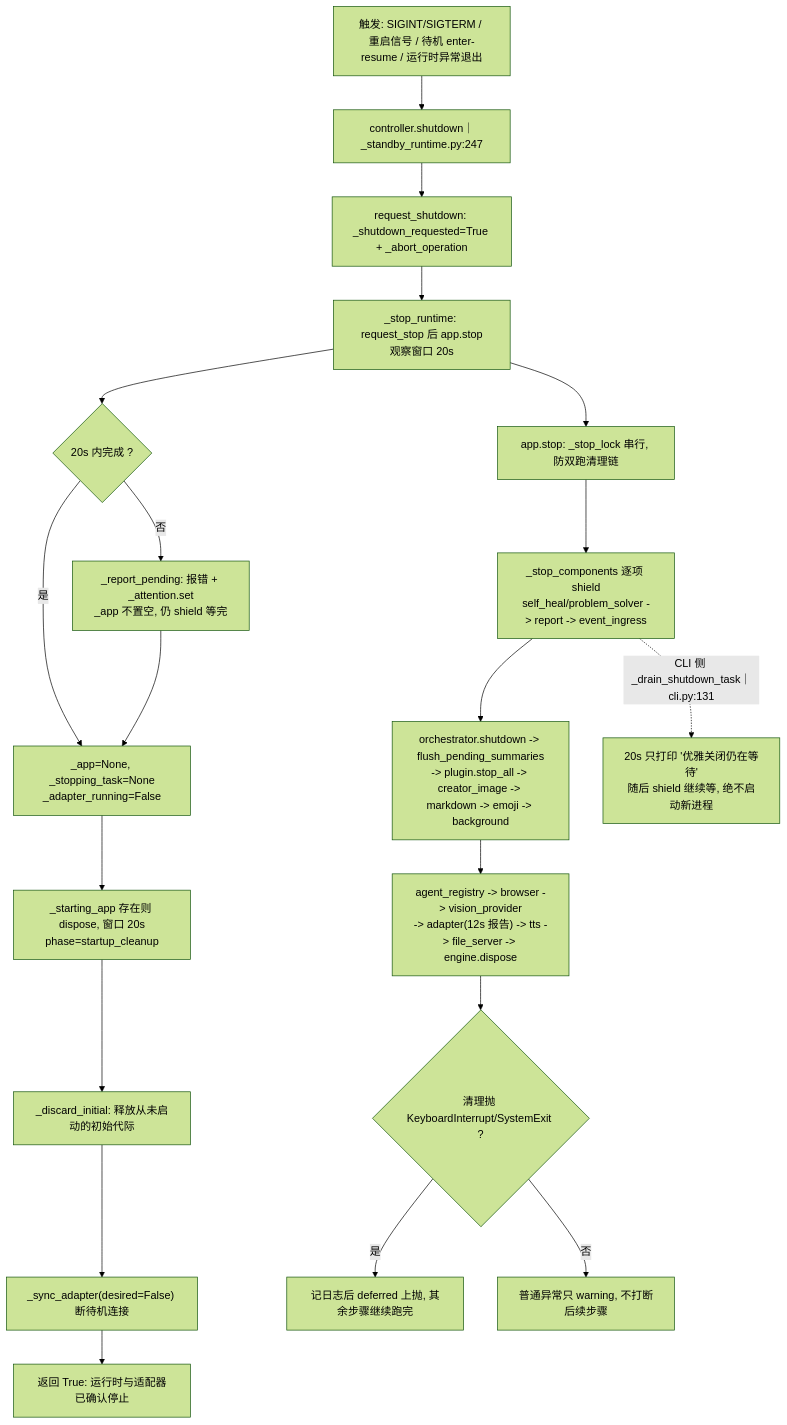
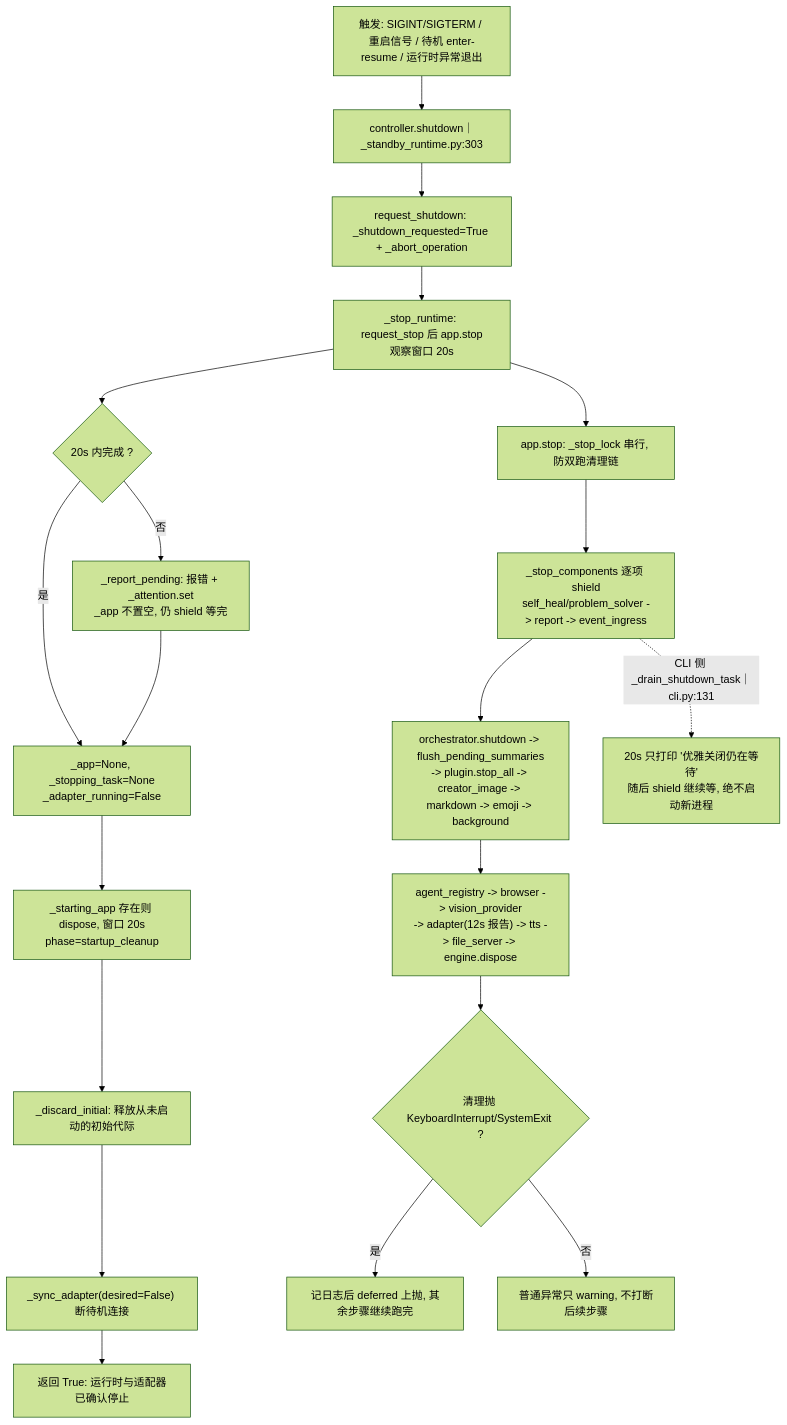
One commit to SuperQuail/NeoBot changed the tenth of 13 diagrams in docs/flow/01-startup-shutdown.md. Above: the diagram before and after it, drawn with Mermaid (forest theme). The commit also changed other lines of this file and 37 other files, not shown here.

````diff
--- a/docs/flow/01-startup-shutdown.md
+++ b/docs/flow/01-startup-shutdown.md
@@ -417,22 +422,22 @@
 ```mermaid
 flowchart TD
-    A["触发: SIGINT/SIGTERM / 重启信号 / 待机 enter-resume / 运行时异常退出"] --> B["controller.shutdown｜_standby_runtime.py:247"]
+    A["触发: SIGINT/SIGTERM / 重启信号 / 待机 enter-resume / 运行时异常退出"] --> B["controller.shutdown｜_standby_runtime.py:303"]
     B --> C["request_shutdown: _shutdown_requested=True + _abort_operation"]
     C --> D["_stop_runtime: request_stop 后 app.stop<br/>观察窗口 20s"]
     D --> E{"20s 内完成 ?"}
     E -- 否 --> E1["_report_pending: 报错 + _attention.set<br/>_app 不置空, 仍 shield 等完"]
     E -- 是 --> E2["_app=None, _stopping_task=None<br/>_adapter_running=False"]
     E1 --> E2
     E2 --> F["_starting_app 存在则 dispose, 窗口 20s<br/>phase=startup_cleanup"]
     F --> G["_discard_initial: 释放从未启动的初始代际"]
     G --> H["_sync_adapter(desired=False) 断待机连接"]
     H --> I["返回 True: 运行时与适配器已确认停止"]
     D --> J["app.stop: _stop_lock 串行, 防双跑清理链"]
     J --> K["_stop_components 逐项 shield<br/>self_heal/problem_solver -> report -> event_ingress"]
     K --> L["orchestrator.shutdown -> flush_pending_summaries<br/>-> plugin.stop_all -> creator_image -> markdown -> emoji -> background"]
     L --> M["agent_registry -> browser -> vision_provider<br/>-> adapter(12s 报告) -> tts -> file_server -> engine.dispose"]
     M --> N{"清理抛 KeyboardInterrupt/SystemExit ?"}
     N -- 是 --> N1["记日志后 deferred 上抛, 其余步骤继续跑完"]
     N -- 否 --> N2["普通异常只 warning, 不打断后续步骤"]
     K -.->|CLI 侧 _drain_shutdown_task｜cli.py:131| O["20s 只打印 '优雅关闭仍在等待'<br/>随后 shield 继续等, 绝不启动新进程"]
 ```
````
